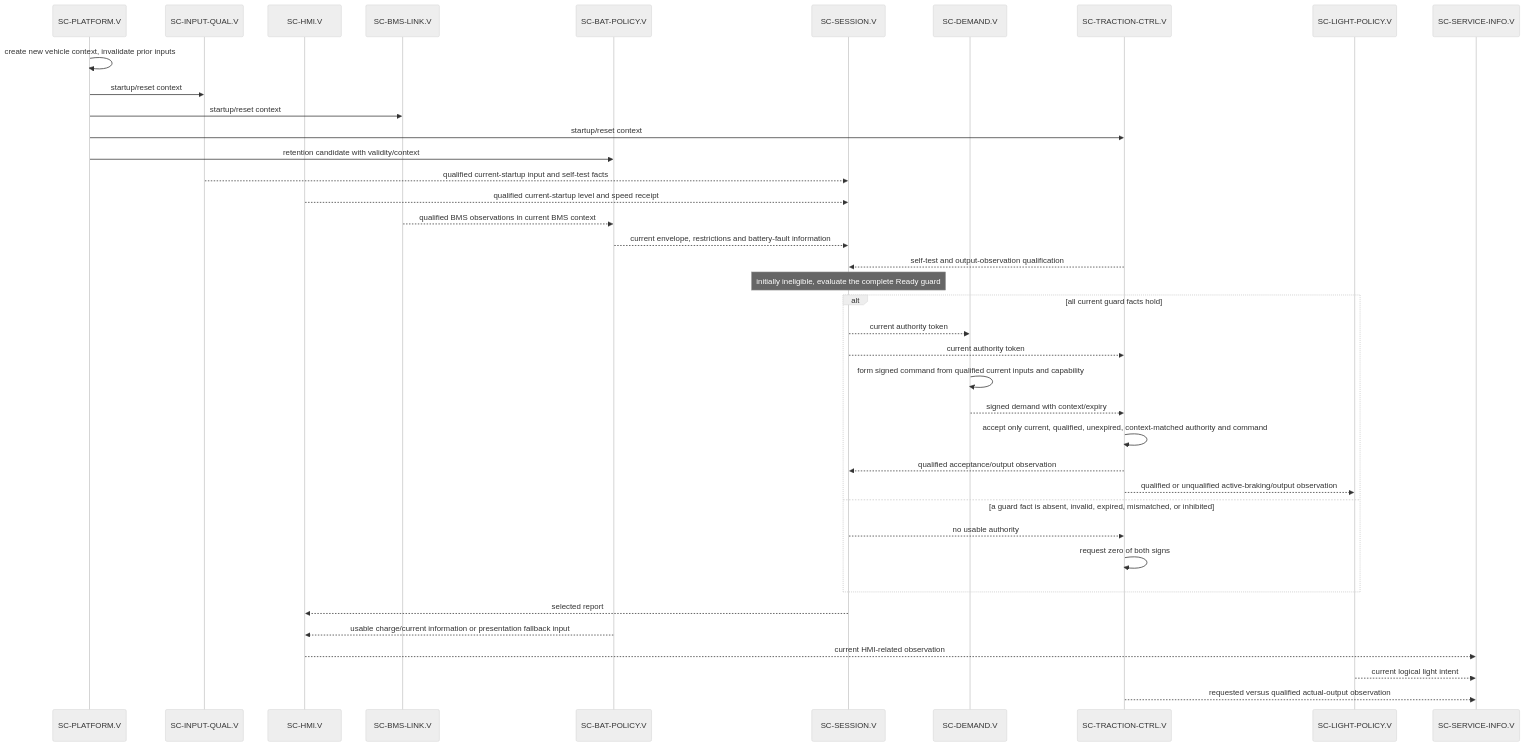
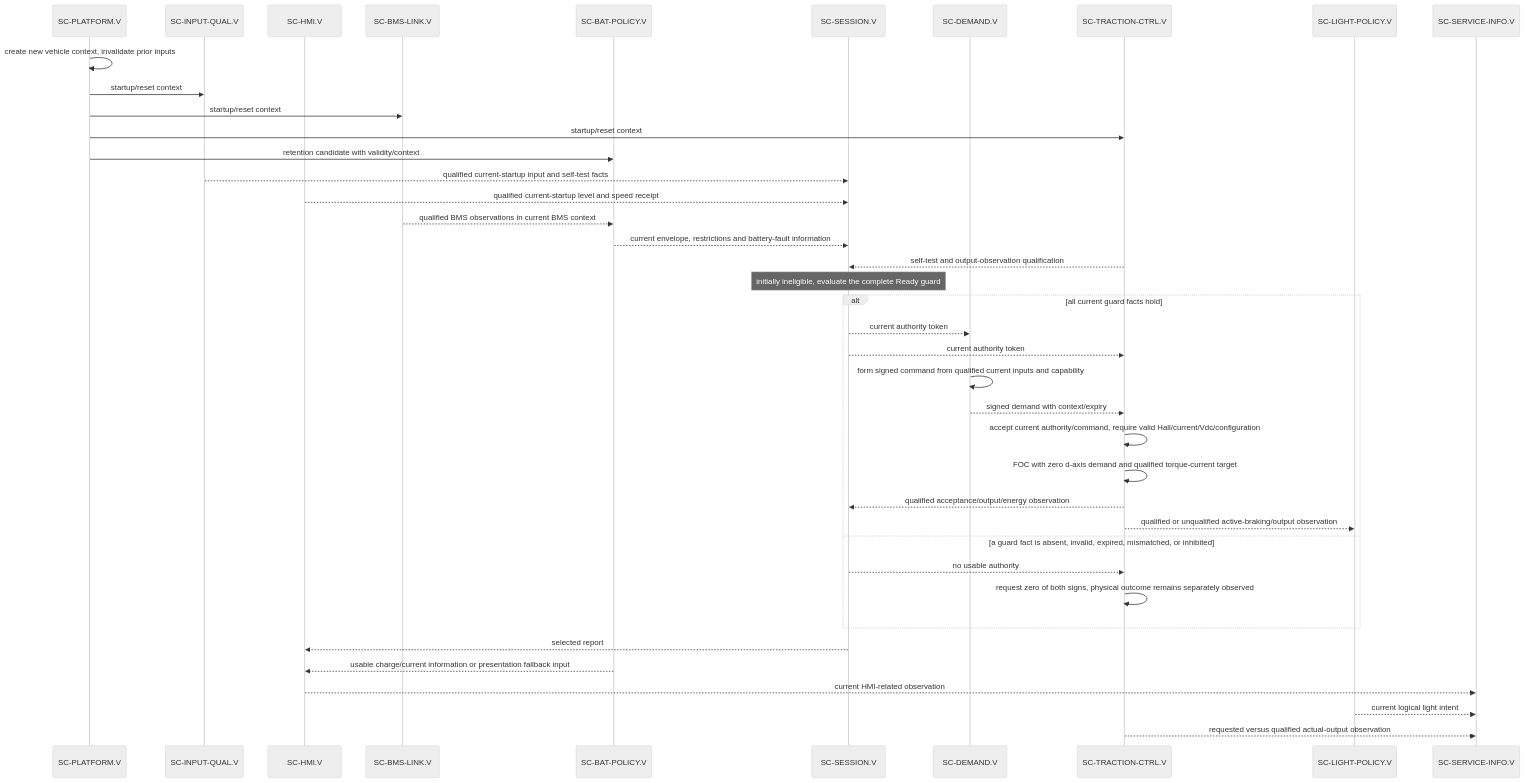
The first of 6 diagrams in .devenv/Detailed_Design/DD-004_Dynamic_Software_Architecture_Views.md (dhellhake/X2CityMCU), drawn with Mermaid (neutral theme) before and after one commit. The commit also changed other lines of this file and 19 other files, not shown here.

First line of the commit message:
Release motor interface and Hall-sensored FOC baseline R2.0

````diff
--- a/.devenv/Detailed_Design/DD-004_Dynamic_Software_Architecture_Views.md
+++ b/.devenv/Detailed_Design/DD-004_Dynamic_Software_Architecture_Views.md
@@ -15,42 +15,43 @@
 ```mermaid
 sequenceDiagram
     participant P as SC-PLATFORM.V
     participant I as SC-INPUT-QUAL.V
     participant H as SC-HMI.V
     participant B as SC-BMS-LINK.V
     participant BP as SC-BAT-POLICY.V
     participant S as SC-SESSION.V
     participant D as SC-DEMAND.V
     participant T as SC-TRACTION-CTRL.V
     participant L as SC-LIGHT-POLICY.V
     participant SI as SC-SERVICE-INFO.V
 
     P->>P: create new vehicle context, invalidate prior inputs
     P->>I: startup/reset context
     P->>B: startup/reset context
     P->>T: startup/reset context
     P->>BP: retention candidate with validity/context
     I-->>S: qualified current-startup input and self-test facts
     H-->>S: qualified current-startup level and speed receipt
     B-->>BP: qualified BMS observations in current BMS context
     BP-->>S: current envelope, restrictions and battery-fault information
     T-->>S: self-test and output-observation qualification
     Note over S: initially ineligible, evaluate the complete Ready guard
     alt all current guard facts hold
         S-->>D: current authority token
         S-->>T: current authority token
         D->>D: form signed command from qualified current inputs and capability
         D-->>T: signed demand with context/expiry
-        T->>T: accept only current, qualified, unexpired, context-matched authority and command
-        T-->>S: qualified acceptance/output observation
+        T->>T: accept current authority/command, require valid Hall/current/Vdc/configuration
+        T->>T: FOC with zero d-axis demand and qualified torque-current target
+        T-->>S: qualified acceptance/output/energy observation
         T-->>L: qualified or unqualified active-braking/output observation
     else a guard fact is absent, invalid, expired, mismatched, or inhibited
         S-->>T: no usable authority
-        T->>T: request zero of both signs
+        T->>T: request zero of both signs, physical outcome remains separately observed
     end
     S-->>H: selected report
     BP-->>H: usable charge/current information or presentation fallback input
     H-->>SI: current HMI-related observation
     L-->>SI: current logical light intent
     T-->>SI: requested versus qualified actual-output observation
 ```
````
